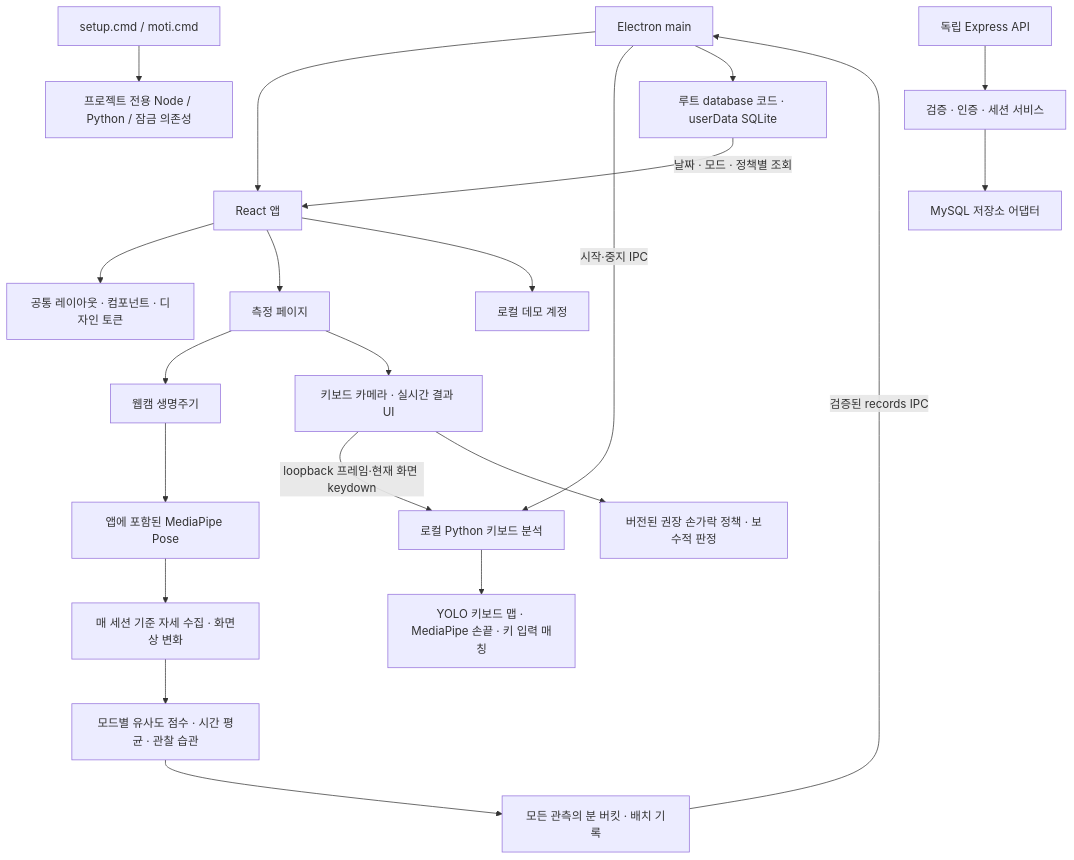
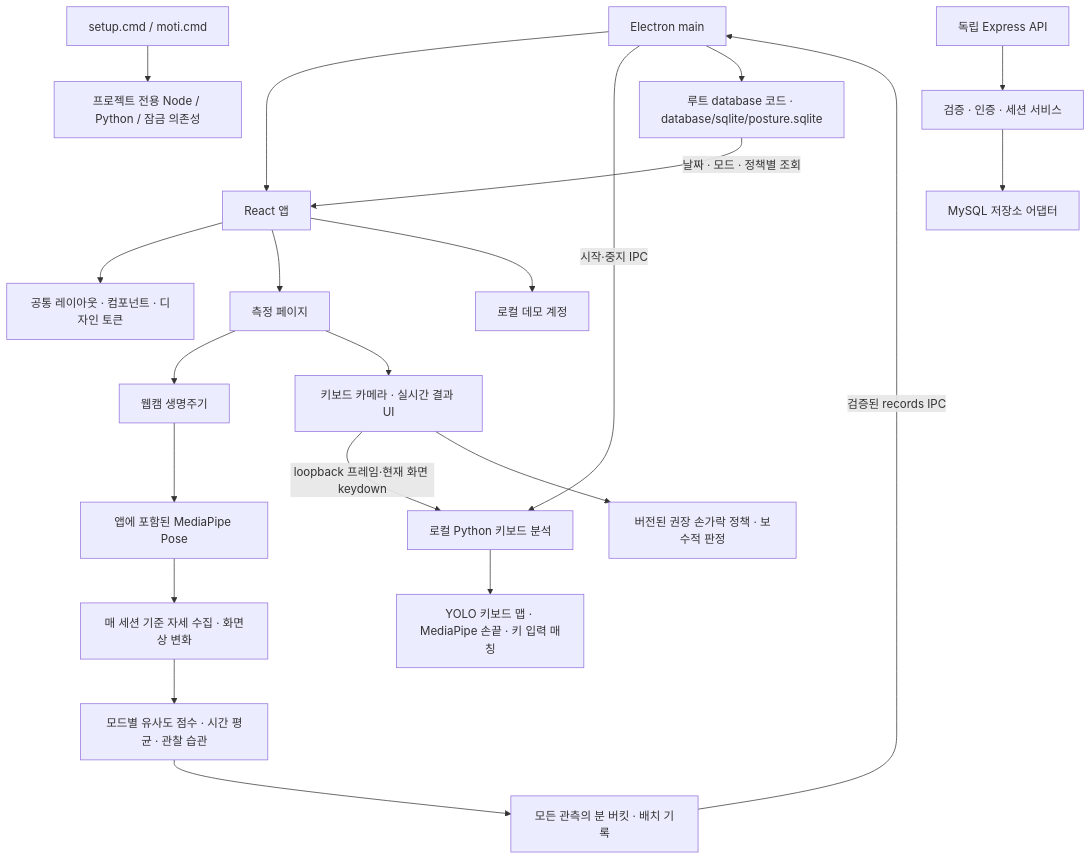
One commit to Attraaa/Graduation-Project changed the diagram in docs/architecture.md. Above: the diagram before and after it, drawn with Mermaid. The commit also changed 14 other files, not shown here.

Commit message:
fix: store posture database in project path

````diff
--- a/docs/architecture.md
+++ b/docs/architecture.md
@@ -7,23 +7,23 @@
 ```mermaid
 flowchart TD
   S[setup.cmd / moti.cmd] --> T[프로젝트 전용 Node / Python / 잠금 의존성]
   E[Electron main] --> R[React 앱]
   E -->|시작·중지 IPC| K[로컬 Python 키보드 분석]
   R --> UI[공통 레이아웃 · 컴포넌트 · 디자인 토큰]
   R --> M[측정 페이지]
   M --> W[웹캠 생명주기]
   W --> P[앱에 포함된 MediaPipe Pose]
   P --> C[매 세션 기준 자세 수집 · 화면상 변화]
   C --> V1[모드별 유사도 점수 · 시간 평균 · 관찰 습관]
   R --> D[로컬 데모 계정]
   V1 --> REC[모든 관측의 분 버킷 · 배치 기록]
   REC -->|검증된 records IPC| E
-  E --> SQLITE[루트 database 코드 · userData SQLite]
+  E --> SQLITE[루트 database 코드 · database/sqlite/posture.sqlite]
   SQLITE -->|날짜 · 모드 · 정책별 조회| R
   A[독립 Express API] --> V[검증 · 인증 · 세션 서비스]
   V --> DB[MySQL 저장소 어댑터]
   M --> KM[키보드 카메라 · 실시간 결과 UI]
   KM -->|loopback 프레임·현재 화면 keydown| K
   K --> F[YOLO 키보드 맵 · MediaPipe 손끝 · 키 입력 매칭]
   KM --> FP[버전된 권장 손가락 정책 · 보수적 판정]
 ```
````
